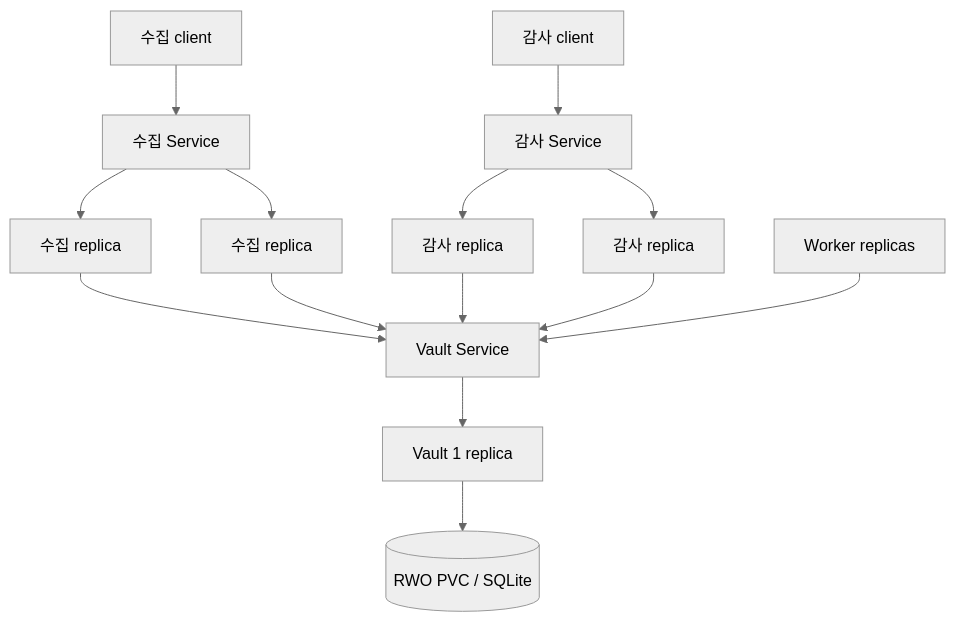
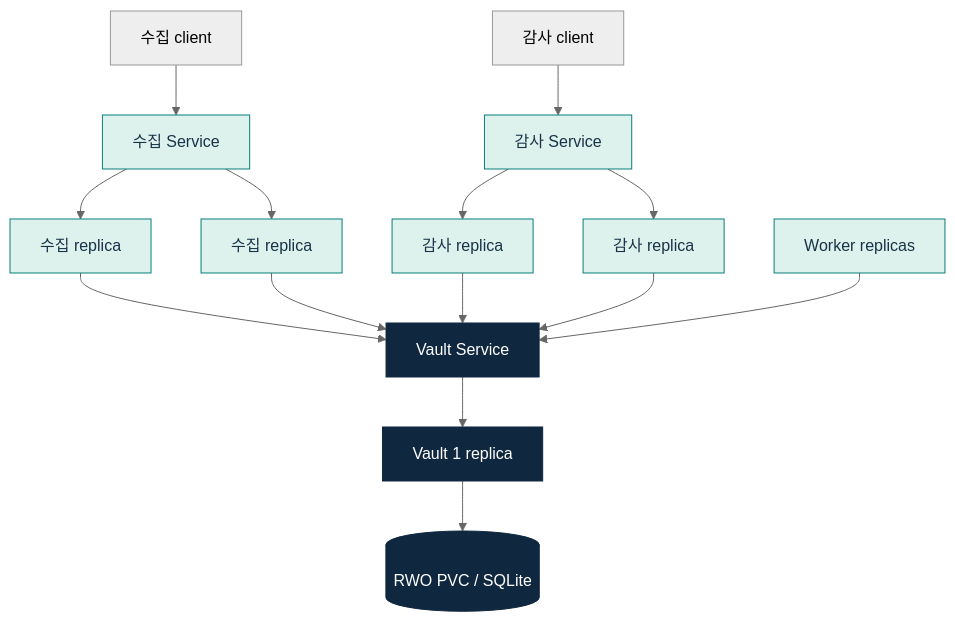
One commit to ki0915/EvidScope changed the third of 3 diagrams in docs/architecture-draft.md. Above: the diagram before and after it, drawn with Mermaid (neutral theme). The commit also changed other lines of this file and 9 other files, not shown here.

Commit message:
Polish architecture and developer documentation with visual assets and PDF handbook

````diff
--- a/docs/architecture-draft.md
+++ b/docs/architecture-draft.md
@@ -115,16 +141,20 @@
 ```mermaid
 flowchart TB
   C[수집 client] --> IS[수집 Service]
   H[감사 client] --> AS[감사 Service]
   IS --> I1[수집 replica]
   IS --> I2[수집 replica]
   AS --> A1[감사 replica]
   AS --> A2[감사 replica]
   I1 --> VS[Vault Service]
   I2 --> VS
   A1 --> VS
   A2 --> VS
   W[Worker replicas] --> VS
   VS --> V[Vault 1 replica]
   V --> PVC[(RWO PVC / SQLite)]
+  classDef gateway fill:#DDF2EC,stroke:#087F79,color:#183348
+  classDef vault fill:#10283F,stroke:#10283F,color:#FFFFFF
+  class IS,AS,I1,I2,A1,A2,W gateway
+  class VS,V,PVC vault
 ```
````
